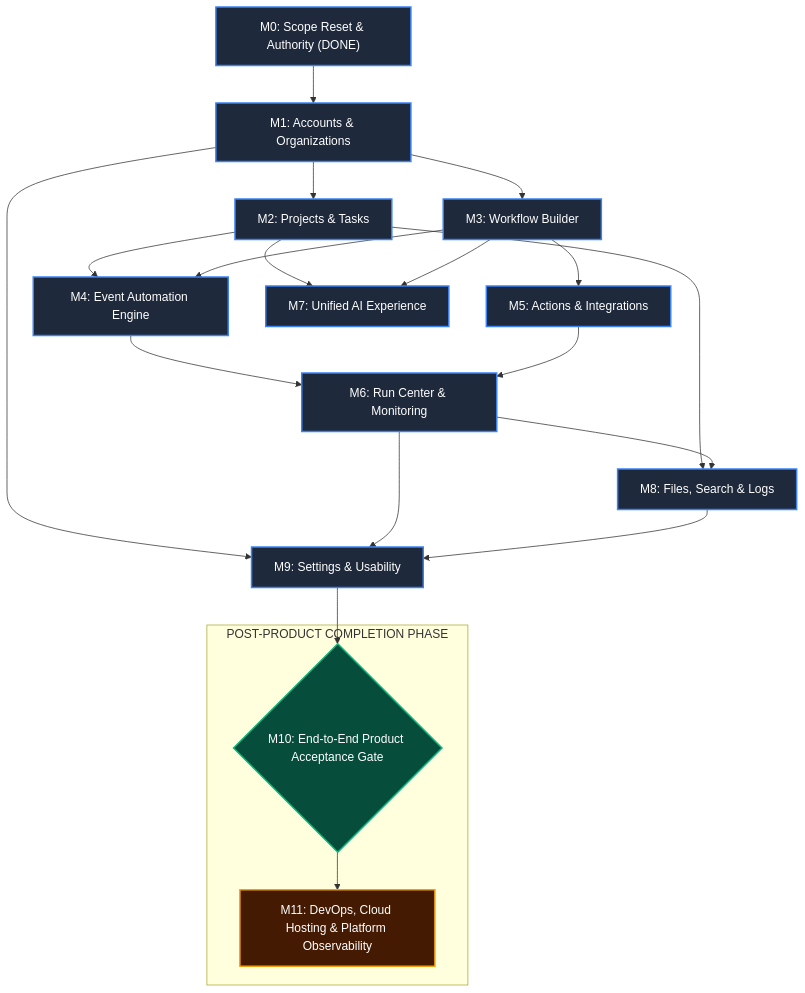
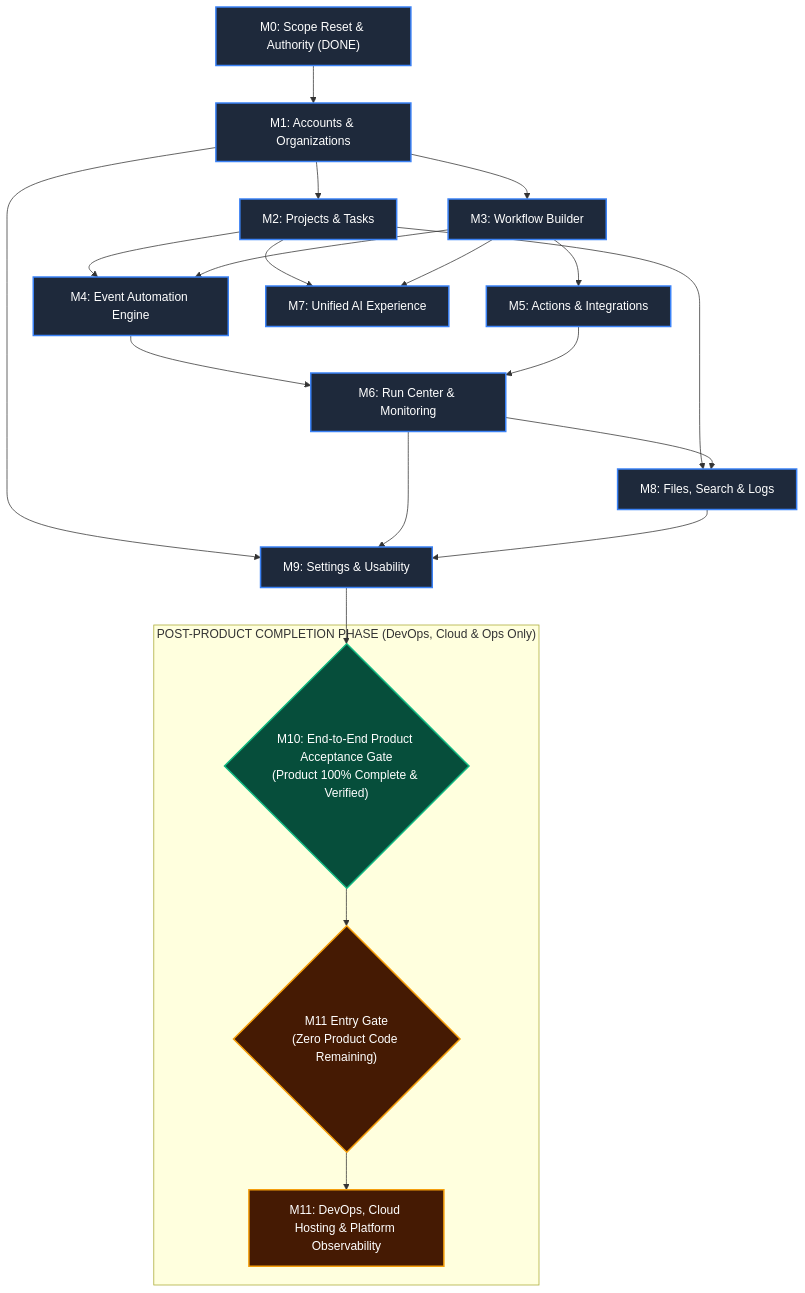
One commit to Mayur11code/Forge changed the fifth of 8 diagrams in forge/docs/product/PRODUCT_COMPLETION_TRACKER.md. Above: the diagram before and after it, drawn with Mermaid. The commit also changed other lines of this file, not shown here.

Commit message:
docs(product): finalize authoritative completion tracker with dynamic gates and visual dependencies

````diff
--- a/forge/docs/product/PRODUCT_COMPLETION_TRACKER.md
+++ b/forge/docs/product/PRODUCT_COMPLETION_TRACKER.md
@@ -243,28 +381,29 @@
 ```mermaid
 flowchart TD
     classDef product fill:#1e293b,stroke:#3b82f6,stroke-width:2px,color:#fff;
     classDef gate fill:#064e3b,stroke:#10b981,stroke-width:2px,color:#fff;
     classDef infra fill:#451a03,stroke:#f59e0b,stroke-width:2px,color:#fff;
 
     M0["M0: Scope Reset & Authority (DONE)"]:::product --> M1["M1: Accounts & Organizations"]:::product
     M1 --> M2["M2: Projects & Tasks"]:::product
     M1 --> M3["M3: Workflow Builder"]:::product
     M2 --> M4["M4: Event Automation Engine"]:::product
     M3 --> M4
     M3 --> M5["M5: Actions & Integrations"]:::product
     M4 --> M6["M6: Run Center & Monitoring"]:::product
     M5 --> M6
     M2 --> M7["M7: Unified AI Experience"]:::product
     M3 --> M7
     M2 --> M8["M8: Files, Search & Logs"]:::product
     M6 --> M8
     M1 --> M9["M9: Settings & Usability"]:::product
     M6 --> M9
     M8 --> M9
 
-    M9 --> M10{"M10: End-to-End Product Acceptance Gate"}:::gate
+    M9 --> M10_EXIT{"M10: End-to-End Product Acceptance Gate\n(Product 100% Complete & Verified)"}:::gate
     
-    subgraph POST_PRODUCT["POST-PRODUCT COMPLETION PHASE"]
-        M10 --> M11["M11: DevOps, Cloud Hosting & Platform Observability"]:::infra
+    subgraph POST_PRODUCT["POST-PRODUCT COMPLETION PHASE (DevOps, Cloud & Ops Only)"]
+        M10_EXIT --> M11_ENTRY{"M11 Entry Gate\n(Zero Product Code Remaining)"}:::infra
+        M11_ENTRY --> M11["M11: DevOps, Cloud Hosting & Platform Observability"]:::infra
     end
 ```
````
